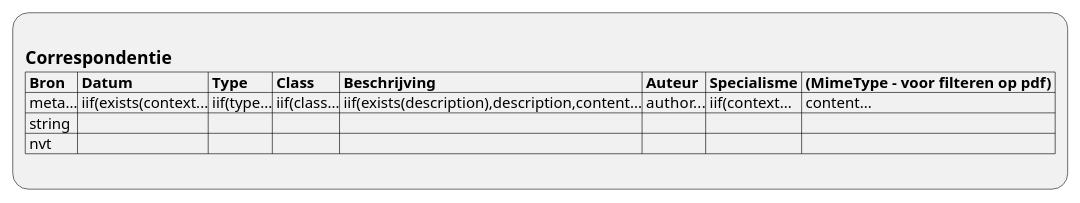
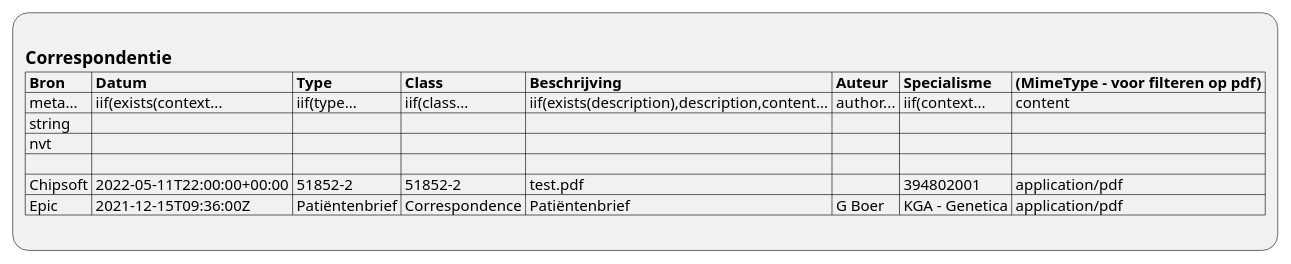
The diagram in input/images-source/ViewDefinition-DocumentReference.plantuml (RIVO-Noord/zorgviewer-ig), drawn with PlantUML before and after one commit. The commit also changed 13 other files, not shown here.

```diff
--- a/input/images-source/ViewDefinition-DocumentReference.plantuml
+++ b/input/images-source/ViewDefinition-DocumentReference.plantuml
@@ -1,9 +1,12 @@
 @startuml ViewDefinition-DocumentReference
 :
 == Correspondentie
 |= Bron |= Datum |= Type |= Class |= Beschrijving |= Auteur |= Specialisme |= (MimeType - voor filteren op pdf) |
-| meta...| iif(exists(context...| iif(type...| iif(class...| iif(exists(description),description,content...| author...| iif(context...| content...|
+| meta... | iif(exists(context... | iif(type... | iif(class... | iif(exists(description),description,content... | author... | iif(context... | content |
 | string |  |  |  |  |  |  |  |
-| nvt ||||||||
+| nvt |  |  |  |  |  |  |  |
+| |
+| Chipsoft | 2022-05-11T22:00:00+00:00 | 51852-2 | 51852-2 | test.pdf |  | 394802001 | application/pdf |
+| Epic | 2021-12-15T09:36:00Z | Patiëntenbrief | Correspondence | Patiëntenbrief | G Boer | KGA - Genetica | application/pdf |
 ;
 @enduml
```
